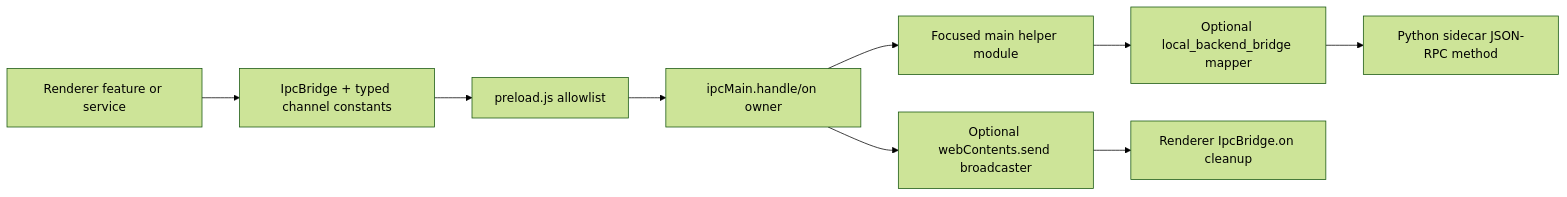
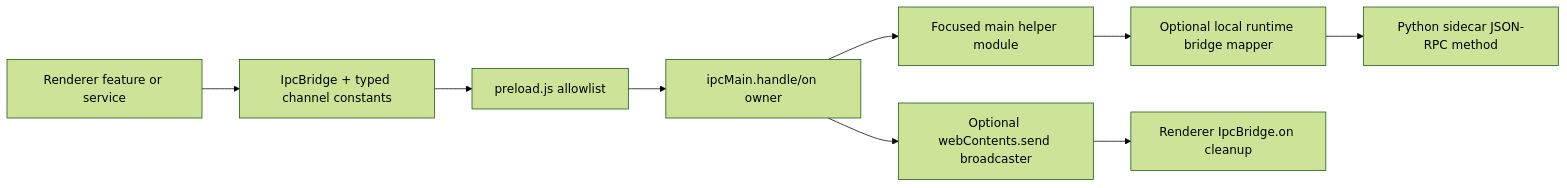
One commit to buiilding/My_Own_OpenClaw changed the diagram in docs/frontend/ipc_change_workflow.md. Above: the diagram before and after it, drawn with Mermaid (forest theme). The commit also changed other lines of this file and 9 other files, not shown here.

First line of the commit message:
docs(main): use local runtime bridge wording

````diff
--- a/docs/frontend/ipc_change_workflow.md
+++ b/docs/frontend/ipc_change_workflow.md
@@ -18,11 +18,11 @@
 ```mermaid
 flowchart LR
   Renderer["Renderer feature or service"] --> Bridge["IpcBridge + typed channel constants"]
   Bridge --> Preload["preload.js allowlist"]
   Preload --> Main["ipcMain.handle/on owner"]
   Main --> MainHelper["Focused main helper module"]
-  MainHelper --> SidecarBridge["Optional local_backend_bridge mapper"]
-  SidecarBridge --> Sidecar["Python sidecar JSON-RPC method"]
+  MainHelper --> LocalRuntimeBridge["Optional local runtime bridge mapper"]
+  LocalRuntimeBridge --> Sidecar["Python sidecar JSON-RPC method"]
   Main --> Broadcast["Optional webContents.send broadcaster"]
   Broadcast --> RendererListener["Renderer IpcBridge.on cleanup"]
 ```
````
